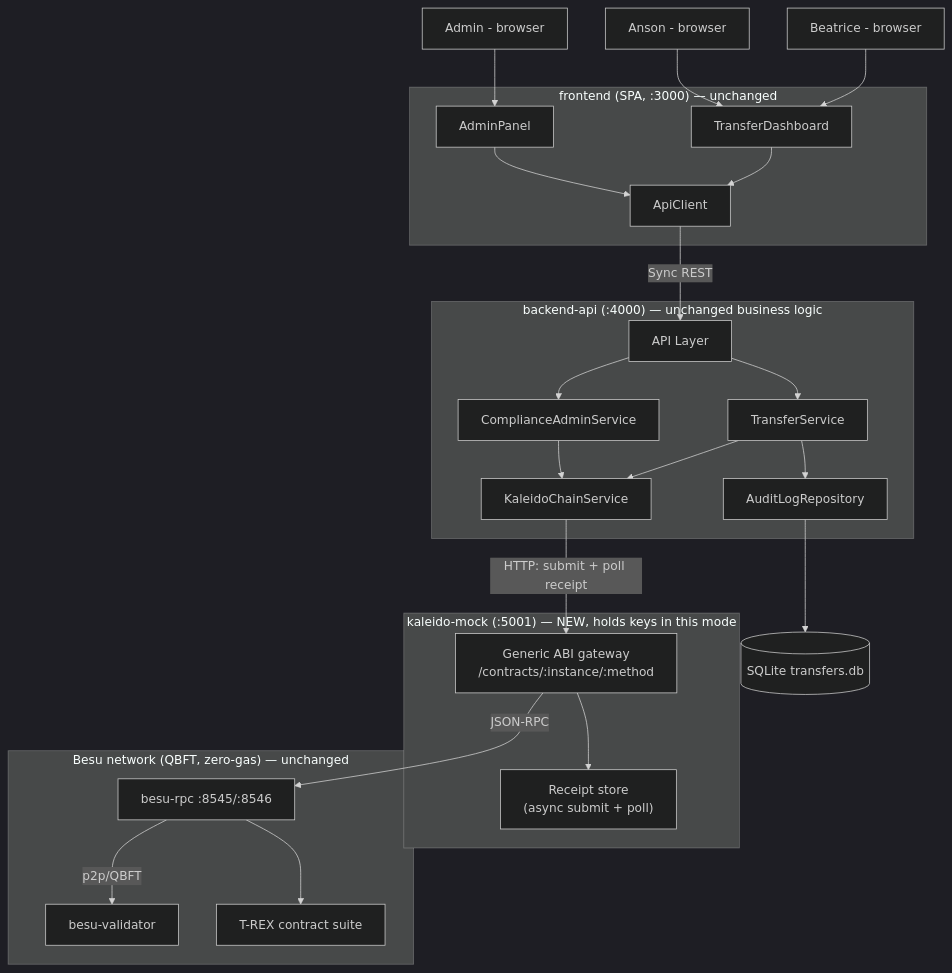
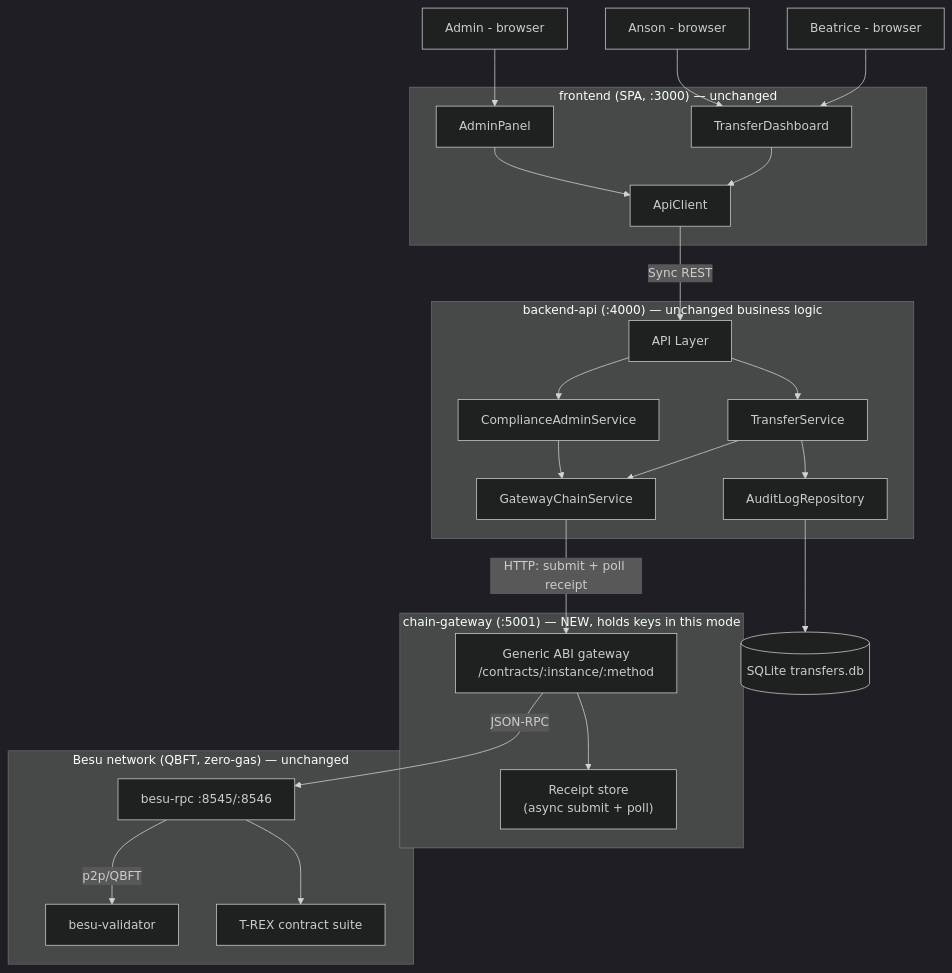
One commit to hohowin/my-besu-net changed the fifth of 5 diagrams in docs/architecture.md. Above: the diagram before and after it, drawn with Mermaid (dark theme). The commit also changed other lines of this file and 24 other files, not shown here.

````diff
--- a/docs/architecture.md
+++ b/docs/architecture.md
@@ -394,51 +394,51 @@
 ```mermaid
 graph TD
     Admin[Admin - browser]
     Anson[Anson - browser]
     Beatrice[Beatrice - browser]
 
     subgraph Frontend["frontend (SPA, :3000) — unchanged"]
         AdminPanel[AdminPanel]
         TransferUI[TransferDashboard]
         ApiClient[ApiClient]
     end
 
     subgraph Backend["backend-api (:4000) — unchanged business logic"]
         API[API Layer]
-        Chain[KaleidoChainService]
+        Chain[GatewayChainService]
         CAS[ComplianceAdminService]
         TS[TransferService]
         Audit[AuditLogRepository]
     end
 
     SQLite[(SQLite transfers.db)]
 
-    subgraph Gateway["kaleido-mock (:5001) — NEW, holds keys in this mode"]
+    subgraph Gateway["chain-gateway (:5001) — NEW, holds keys in this mode"]
         Routes["Generic ABI gateway<br/>/contracts/:instance/:method"]
         Receipts["Receipt store<br/>(async submit + poll)"]
     end
 
     subgraph BesuNet["Besu network (QBFT, zero-gas) — unchanged"]
         RPC[besu-rpc :8545/:8546]
         Validator[besu-validator]
         Contracts[T-REX contract suite]
     end
 
     Admin --> AdminPanel
     Anson --> TransferUI
     Beatrice --> TransferUI
     AdminPanel --> ApiClient
     TransferUI --> ApiClient
     ApiClient -- Sync REST --> API
     API --> CAS
     API --> TS
     CAS --> Chain
     TS --> Chain
     TS --> Audit
     Audit --> SQLite
     Chain -- "HTTP: submit + poll receipt" --> Routes
     Routes --> Receipts
     Routes -- JSON-RPC --> RPC
     RPC -- p2p/QBFT --> Validator
     RPC --> Contracts
 ```
````
